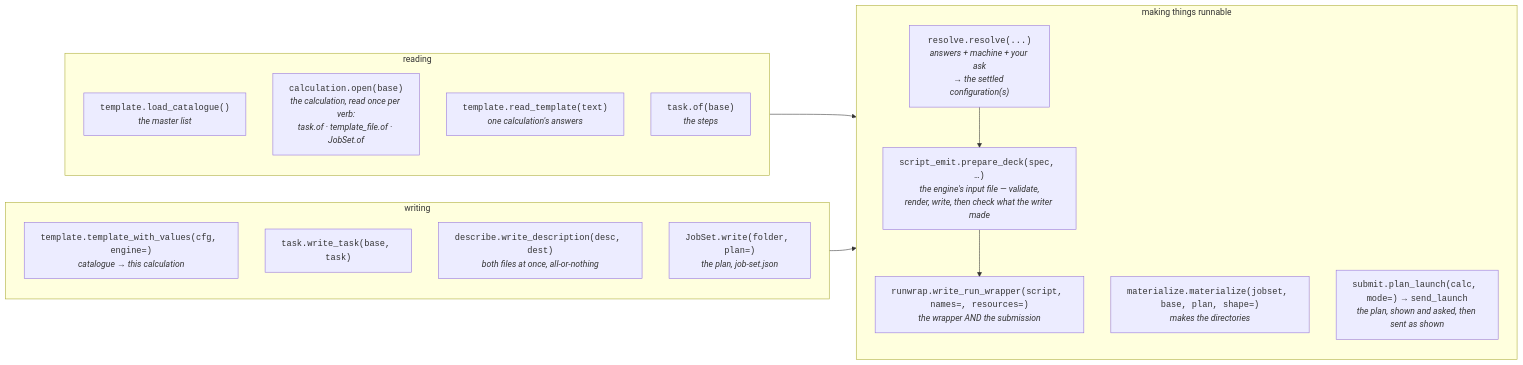
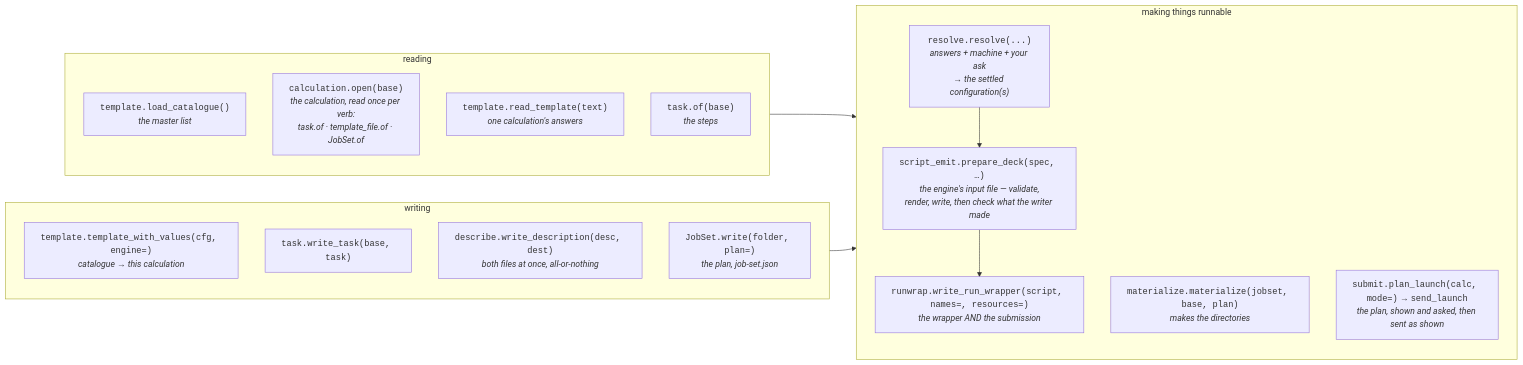
Before and after one commit to Qing-LAB/molbuilder: the second of 4 diagrams in docs/workflow.md, drawn with Mermaid. The commit also changed other lines of this file and 193 other files, not shown here.

````diff
--- a/docs/workflow.md
+++ b/docs/workflow.md
@@ -227,25 +229,25 @@
 ```mermaid
 flowchart LR
     subgraph READ["reading"]
       A["<code>template.load_catalogue()</code><br/><i>the master list</i>"]
       O["<code>calculation.open(base)</code><br/><i>the calculation, read once per verb:<br/>task.of · template_file.of · JobSet.of</i>"]
       B["<code>template.read_template(text)</code><br/><i>one calculation's answers</i>"]
       C["<code>task.of(base)</code><br/><i>the steps</i>"]
     end
     subgraph WRITE["writing"]
       D["<code>template.template_with_values(cfg, engine=)</code><br/><i>catalogue → this calculation</i>"]
       E["<code>task.write_task(base, task)</code>"]
       F["<code>describe.write_description(desc, dest)</code><br/><i>both files at once, all-or-nothing</i>"]
       L["<code>JobSet.write(folder, plan=)</code><br/><i>the plan, job-set.json</i>"]
     end
     subgraph MAKE["making things runnable"]
       G["<code>resolve.resolve(...)</code><br/><i>answers + machine + your ask<br/>→ the settled configuration(s)</i>"]
       K["<code>script_emit.prepare_deck(spec, …)</code><br/><i>the engine's input file — validate,<br/>render, write, then check what the writer made</i>"]
       H["<code>runwrap.write_run_wrapper(script, names=, resources=)</code><br/><i>the wrapper AND the submission</i>"]
-      I["<code>materialize.materialize(jobset, base, plan, shape=)</code><br/><i>makes the directories</i>"]
+      I["<code>materialize.materialize(jobset, base, plan)</code><br/><i>makes the directories</i>"]
       J["<code>submit.plan_launch(calc, mode=)</code> → <code>send_launch</code><br/><i>the plan, shown and asked, then sent as shown</i>"]
     end
     READ --> MAKE
     WRITE --> MAKE
     G --> K --> H
 ```
````
